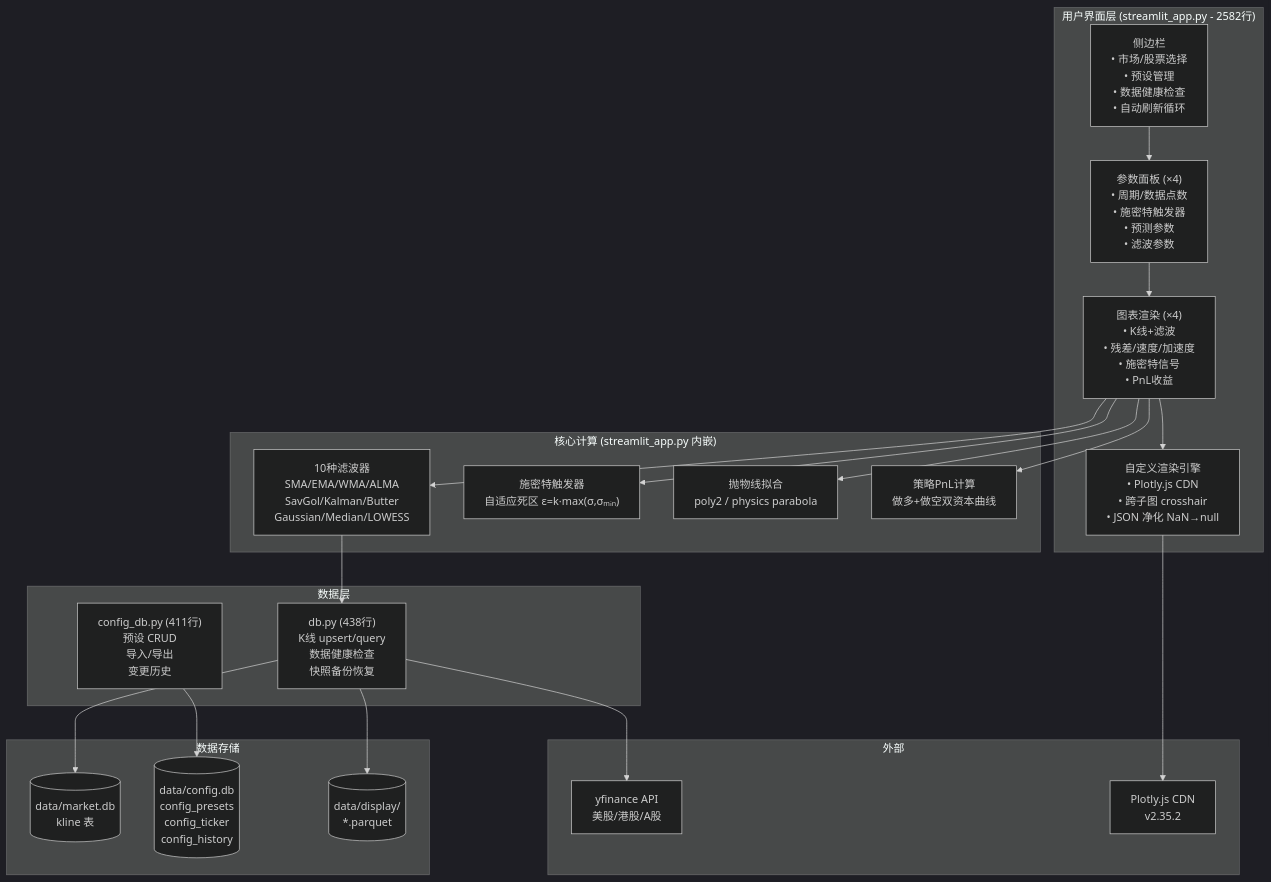
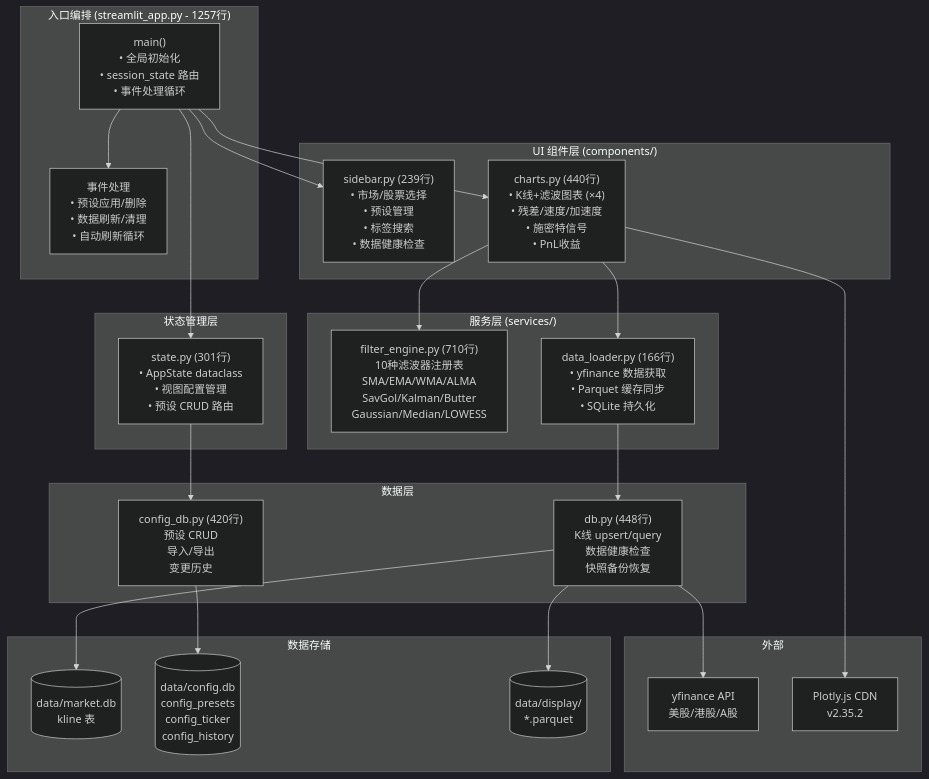
Before and after one commit to pxf0797/filter-algorithms-research: the first of 3 diagrams in docs/streamlit-engineering-analysis-report.md, drawn with Mermaid (dark theme). The commit also changed other lines of this file, not shown here.

````diff
--- a/docs/streamlit-engineering-analysis-report.md
+++ b/docs/streamlit-engineering-analysis-report.md
@@ -85,46 +92,51 @@
 ```mermaid
 graph TD
-    subgraph "用户界面层 (streamlit_app.py - 2582行)"
-        SIDEBAR["侧边栏<br/>• 市场/股票选择<br/>• 预设管理<br/>• 数据健康检查<br/>• 自动刷新循环"]
-        PARAMS["参数面板 (×4)<br/>• 周期/数据点数<br/>• 施密特触发器<br/>• 预测参数<br/>• 滤波参数"]
-        CHARTS["图表渲染 (×4)<br/>• K线+滤波<br/>• 残差/速度/加速度<br/>• 施密特信号<br/>• PnL收益"]
-        CUSTOM_RENDER["自定义渲染引擎<br/>• Plotly.js CDN<br/>• 跨子图 crosshair<br/>• JSON 净化 NaN→null"]
+    subgraph "入口编排 (streamlit_app.py - 1257行)"
+        MAIN["main()<br/>• 全局初始化<br/>• session_state 路由<br/>• 事件处理循环"]
+        EVENTS["事件处理<br/>• 预设应用/删除<br/>• 数据刷新/清理<br/>• 自动刷新循环"]
     end
 
-    subgraph "核心计算 (streamlit_app.py 内嵌)"
-        FILTERS["10种滤波器<br/>SMA/EMA/WMA/ALMA<br/>SavGol/Kalman/Butter<br/>Gaussian/Median/LOWESS"]
-        SCHMITT["施密特触发器<br/>自适应死区 ε=k·max(σ,σₘᵢₙ)"]
-        FITTING["抛物线拟合<br/>poly2 / physics parabola"]
-        PNL["策略PnL计算<br/>做多+做空双资本曲线"]
+    subgraph "UI 组件层 (components/)"
+        SIDEBAR["sidebar.py (239行)<br/>• 市场/股票选择<br/>• 预设管理<br/>• 标签搜索<br/>• 数据健康检查"]
+        CHARTS["charts.py (440行)<br/>• K线+滤波图表 (×4)<br/>• 残差/速度/加速度<br/>• 施密特信号<br/>• PnL收益"]
+    end
+
+    subgraph "服务层 (services/)"
+        FILTERS["filter_engine.py (710行)<br/>10种滤波器注册表<br/>SMA/EMA/WMA/ALMA<br/>SavGol/Kalman/Butter<br/>Gaussian/Median/LOWESS"]
+        DATA_LOAD["data_loader.py (166行)<br/>• yfinance 数据获取<br/>• Parquet 缓存同步<br/>• SQLite 持久化"]
+    end
+
+    subgraph "状态管理层"
+        STATE["state.py (301行)<br/>• AppState dataclass<br/>• 视图配置管理<br/>• 预设 CRUD 路由"]
     end
 
     subgraph "数据层"
-        DB["db.py (438行)<br/>K线 upsert/query<br/>数据健康检查<br/>快照备份恢复"]
-        CONFIG["config_db.py (411行)<br/>预设 CRUD<br/>导入/导出<br/>变更历史"]
+        DB["db.py (448行)<br/>K线 upsert/query<br/>数据健康检查<br/>快照备份恢复"]
+        CONFIG["config_db.py (420行)<br/>预设 CRUD<br/>导入/导出<br/>变更历史"]
     end
 
     subgraph "数据存储"
         SQLITE_M[("data/market.db<br/>kline 表")]
         SQLITE_C[("data/config.db<br/>config_presets<br/>config_ticker<br/>config_history")]
         PARQUET[("data/display/<br/>*.parquet")]
     end
 
     subgraph "外部"
         YF["yfinance API<br/>美股/港股/A股"]
         CDN["Plotly.js CDN<br/>v2.35.2"]
     end
 
-    SIDEBAR --> PARAMS
-    PARAMS --> CHARTS
-    CHARTS --> CUSTOM_RENDER
+    MAIN --> EVENTS
+    MAIN --> SIDEBAR
+    MAIN --> CHARTS
+    MAIN --> STATE
+    STATE --> CONFIG
     CHARTS --> FILTERS
-    CHARTS --> SCHMITT
-    CHARTS --> FITTING
-    CHARTS --> PNL
-    FILTERS --> DB
+    CHARTS --> DATA_LOAD
+    DATA_LOAD --> DB
     DB --> SQLITE_M
     DB --> PARQUET
+    DB --> YF
     CONFIG --> SQLITE_C
-    DB --> YF
-    CUSTOM_RENDER --> CDN
+    CHARTS --> CDN
 ```
````
